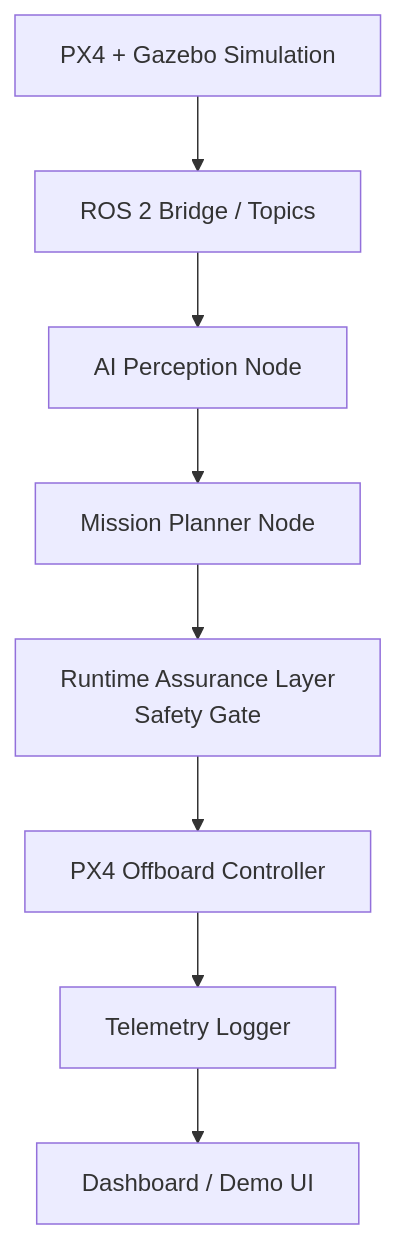
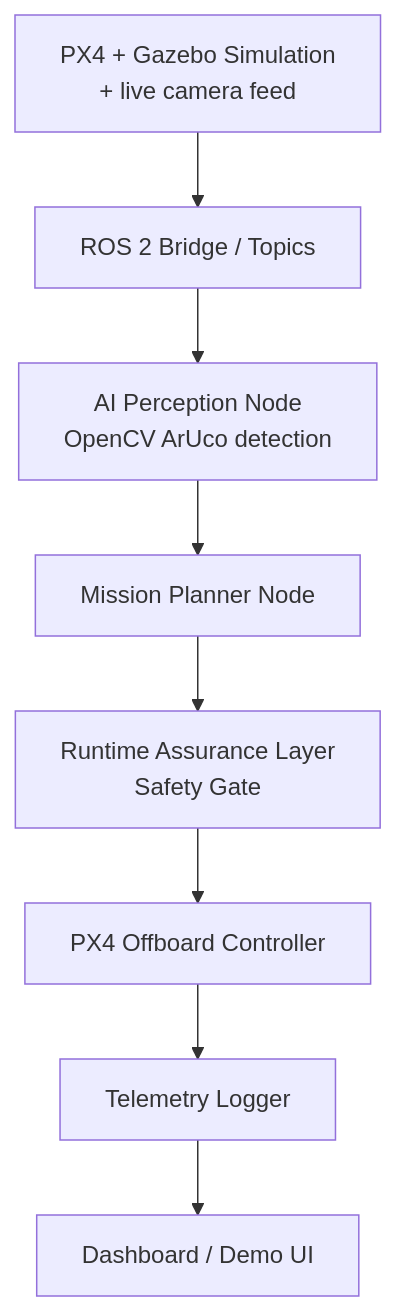
The diagram in README.md (pribapu/sentinel-flight), drawn with Mermaid before and after one commit. The commit also changed other lines of this file and 21 other files, not shown here.

````diff
--- a/README.md
+++ b/README.md
@@ -40,10 +42,10 @@
 ```mermaid
 flowchart TD
-    A[PX4 + Gazebo Simulation] --> B[ROS 2 Bridge / Topics]
-    B --> C[AI Perception Node]
+    A[PX4 + Gazebo Simulation<br/>+ live camera feed] --> B[ROS 2 Bridge / Topics]
+    B --> C[AI Perception Node<br/>OpenCV ArUco detection]
     C --> D[Mission Planner Node]
     D --> E[Runtime Assurance Layer<br/>Safety Gate]
     E --> F[PX4 Offboard Controller]
     F --> G[Telemetry Logger]
     G --> H[Dashboard / Demo UI]
 ```
````
